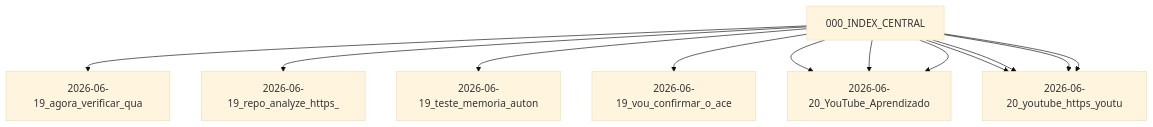
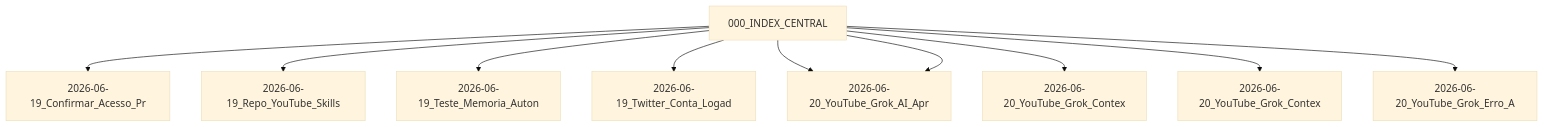
The diagram in Memoria_Agente/000_INDEX_CENTRAL.md (coelho069/meu-vault), drawn with Mermaid (base theme) before and after one commit. The commit also changed other lines of this file and 18 other files, not shown here.

````diff
--- a/Memoria_Agente/000_INDEX_CENTRAL.md
+++ b/Memoria_Agente/000_INDEX_CENTRAL.md
@@ -47,15 +42,13 @@
 ```mermaid
 graph TD
     INDEX[000_INDEX_CENTRAL]
-    INDEX --> 2026_06_19_agora_verificar_qual_conta_do[2026-06-19_agora_verificar_qua]
-    INDEX --> 2026_06_19_repo_analyze_https_github_com[2026-06-19_repo_analyze_https_]
-    INDEX --> 2026_06_19_teste_memoria_autonoma_074259[2026-06-19_teste_memoria_auton]
-    INDEX --> 2026_06_19_vou_confirmar_o_acesso_ao_pro[2026-06-19_vou_confirmar_o_ace]
-    INDEX --> 2026_06_20_YouTube_Aprendizado_TAirq97G7[2026-06-20_YouTube_Aprendizado]
-    INDEX --> 2026_06_20_YouTube_Aprendizado_TAirq97G7[2026-06-20_YouTube_Aprendizado]
-    INDEX --> 2026_06_20_YouTube_Aprendizado_TAirq97G7[2026-06-20_YouTube_Aprendizado]
-    INDEX --> 2026_06_20_youtube_https_youtu_be_tairq9[2026-06-20_youtube_https_youtu]
-    INDEX --> 2026_06_20_youtube_https_youtu_be_tairq9[2026-06-20_youtube_https_youtu]
-    INDEX --> 2026_06_20_youtube_https_youtu_be_tairq9[2026-06-20_youtube_https_youtu]
-    INDEX --> 2026_06_20_youtube_https_youtu_be_tairq9[2026-06-20_youtube_https_youtu]
+    INDEX --> 2026_06_19_Confirmar_Acesso_Projeto[2026-06-19_Confirmar_Acesso_Pr]
+    INDEX --> 2026_06_19_Repo_YouTube_Skills[2026-06-19_Repo_YouTube_Skills]
+    INDEX --> 2026_06_19_Teste_Memoria_Autonoma[2026-06-19_Teste_Memoria_Auton]
+    INDEX --> 2026_06_19_Twitter_Conta_Logada[2026-06-19_Twitter_Conta_Logad]
+    INDEX --> 2026_06_20_YouTube_Grok_AI_Aprendizado_v[2026-06-20_YouTube_Grok_AI_Apr]
+    INDEX --> 2026_06_20_YouTube_Grok_AI_Aprendizado_v[2026-06-20_YouTube_Grok_AI_Apr]
+    INDEX --> 2026_06_20_YouTube_Grok_Contexto_v1[2026-06-20_YouTube_Grok_Contex]
+    INDEX --> 2026_06_20_YouTube_Grok_Contexto_v2[2026-06-20_YouTube_Grok_Contex]
+    INDEX --> 2026_06_20_YouTube_Grok_Erro_API[2026-06-20_YouTube_Grok_Erro_A]
 ```
````
